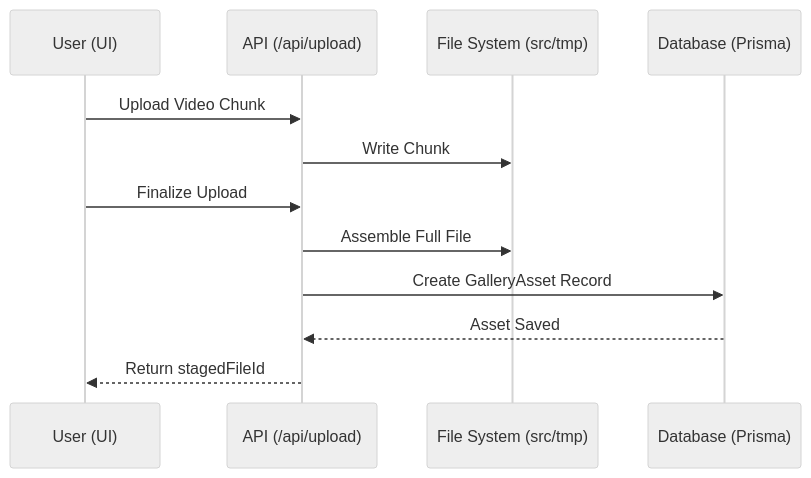
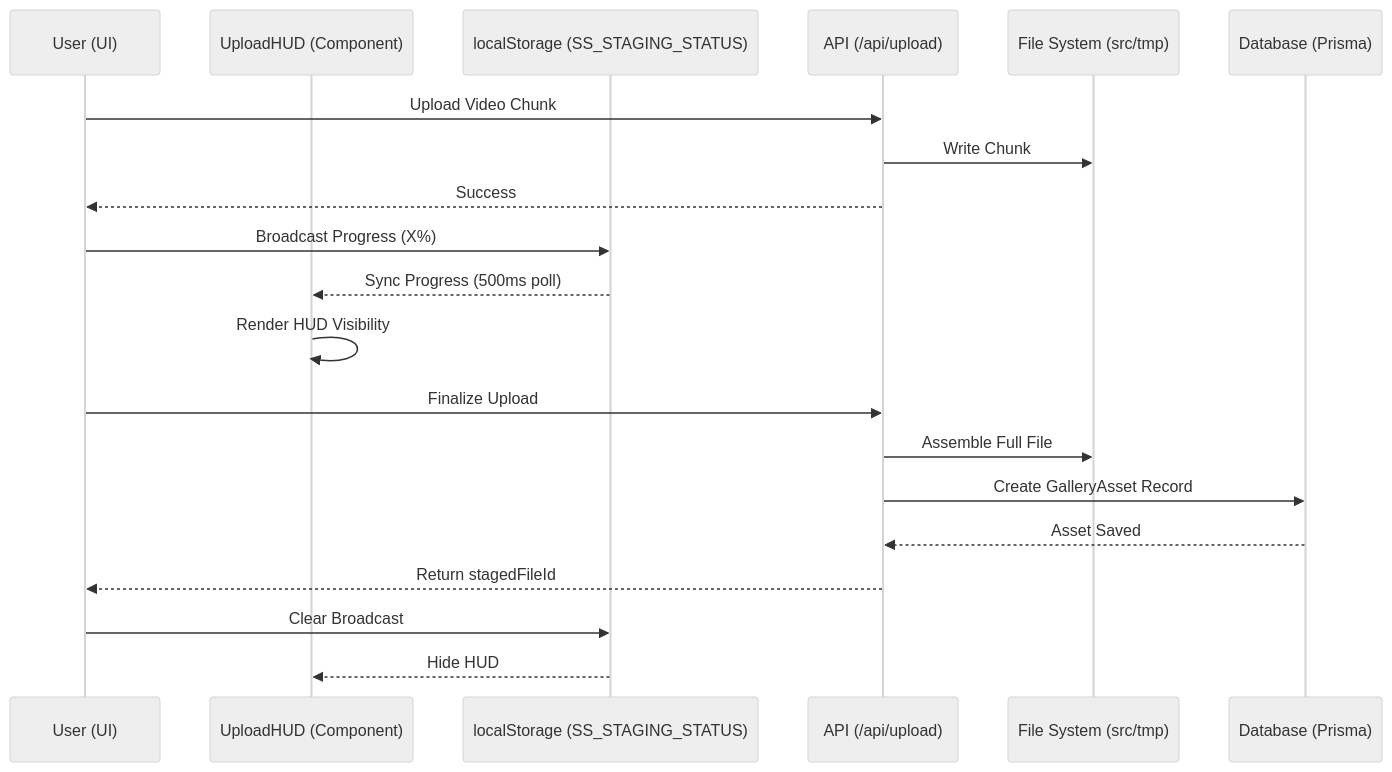
One commit to thoufeeque22/social-studio-app changed the second of 6 diagrams in docs/ARCHITECTURE.md. Above: the diagram before and after it, drawn with Mermaid (neutral theme). The commit also changed other lines of this file and 18 other files, not shown here.

Commit message:
moved upload status from dashboard to history

````diff
--- a/docs/ARCHITECTURE.md
+++ b/docs/ARCHITECTURE.md
@@ -130,15 +130,24 @@
 ```mermaid
 sequenceDiagram
     participant U as User (UI)
+    participant HUD as UploadHUD (Component)
+    participant LS as localStorage (SS_STAGING_STATUS)
     participant API as API (/api/upload)
     participant FS as File System (src/tmp)
     participant DB as Database (Prisma)
 
     U->>API: Upload Video Chunk
     API->>FS: Write Chunk
+    API-->>U: Success
+    U->>LS: Broadcast Progress (X%)
+    LS-->>HUD: Sync Progress (500ms poll)
+    HUD->>HUD: Render HUD Visibility
+
     U->>API: Finalize Upload
     API->>FS: Assemble Full File
     API->>DB: Create GalleryAsset Record
     DB-->>API: Asset Saved
     API-->>U: Return stagedFileId
+    U->>LS: Clear Broadcast
+    LS-->>HUD: Hide HUD
 ```
````
